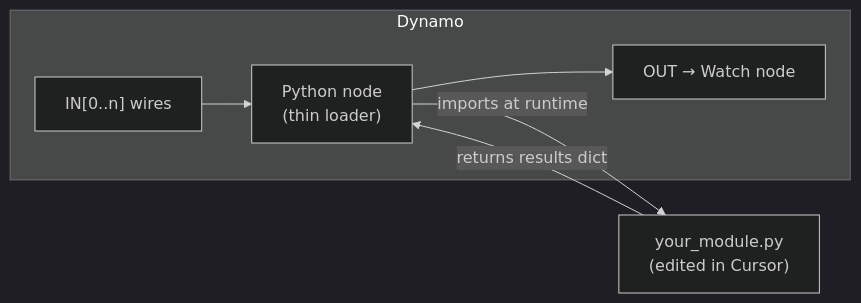
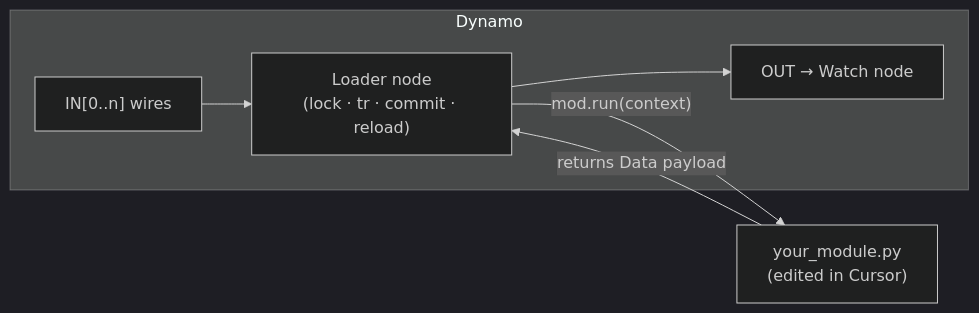
One commit to PrathamGitHub/dynamo-python-node-docs-v1 changed the first of 3 diagrams in docs/dev-env/dynamo-node-workflow.md. Above: the diagram before and after it, drawn with Mermaid (dark theme). The commit also changed other lines of this file and 5 other files, not shown here.

First line of the commit message:
Refactor documentation to standardize results schema and improve context management examples

````diff
--- a/docs/dev-env/dynamo-node-workflow.md
+++ b/docs/dev-env/dynamo-node-workflow.md
@@ -19,9 +20,9 @@
 ```mermaid
 flowchart LR
     subgraph Dynamo
-      IN["IN[0..n] wires"] --> NODE["Python node<br/>(thin loader)"]
+      IN["IN[0..n] wires"] --> NODE["Loader node<br/>(lock · tr · commit · reload)"]
       NODE --> OUT["OUT → Watch node"]
     end
-    NODE -->|"imports at runtime"| PY["your_module.py<br/>(edited in Cursor)"]
-    PY -->|"returns results dict"| NODE
+    NODE -->|"mod.run(context)"| PY["your_module.py<br/>(edited in Cursor)"]
+    PY -->|"returns Data payload"| NODE
 ```
````
